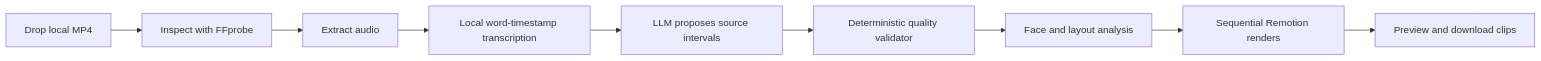
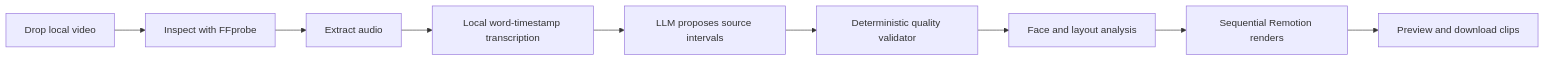
One commit to bisheshabramhacharya/clipping-factory changed the diagram in docs/PRD.md. Above: the diagram before and after it, drawn with Mermaid. The commit also changed other lines of this file and 2 other files, not shown here.

Commit message:
Align docs and library status with any-video support

````diff
--- a/docs/PRD.md
+++ b/docs/PRD.md
@@ -390,11 +390,11 @@
 ```mermaid
 flowchart LR
-    A["Drop local MP4"] --> B["Inspect with FFprobe"]
+    A["Drop local video"] --> B["Inspect with FFprobe"]
     B --> C["Extract audio"]
     C --> D["Local word-timestamp transcription"]
     D --> E["LLM proposes source intervals"]
     E --> F["Deterministic quality validator"]
     F --> G["Face and layout analysis"]
     G --> H["Sequential Remotion renders"]
     H --> I["Preview and download clips"]
 ```
````
